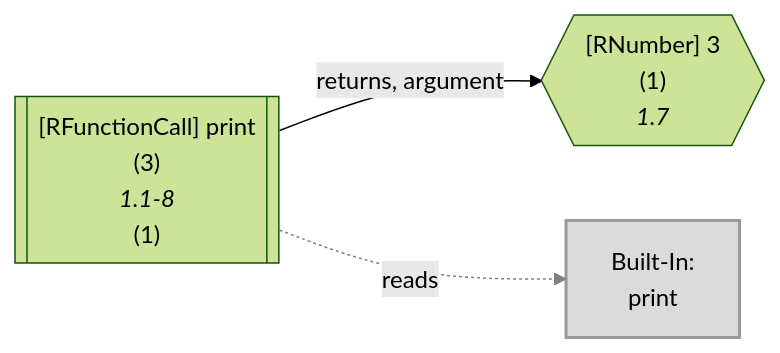
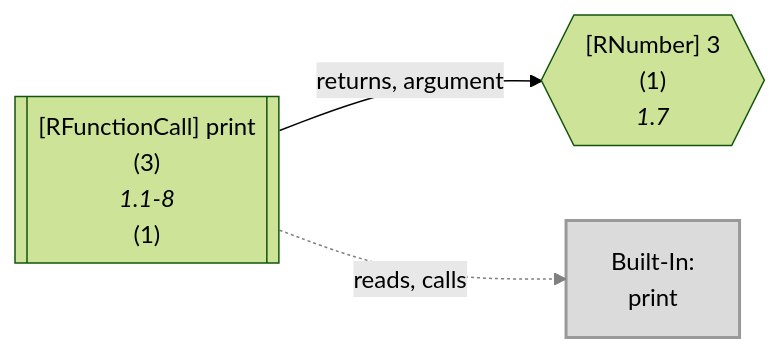
Before and after one commit to flowr-analysis/flowr: diagram 16 of 23 in wiki/Control Flow Graph.md, drawn with Mermaid (forest theme). The commit also changed other lines of this file and 8 other files, not shown here.

Commit message:
[skip ci] doc: update generated wiki pages (wiki/Capabilities,wiki/Dataflow Graph,wiki/Query API,wiki/Search API,wiki/Engines,wiki/Interface,wiki/Control Flow Graph,wiki/Core,README)

````diff
--- a/wiki/Control Flow Graph.md
+++ b/wiki/Control Flow Graph.md
@@ -1475,16 +1475,16 @@
 ```mermaid
 flowchart LR
     1{{"`#91;RNumber#93; 3
       (1)
       *1.7*`"}}
     3[["`#91;RFunctionCall#93; print
       (3)
       *1.1-8*
     (1)`"]]
     built-in:print["`Built-In:
 print`"]
     style built-in:print stroke:gray,fill:lightgray,stroke-width:2px,opacity:.8;
     3 -->|"returns, argument"| 1
-    3 -.->|"reads"| built-in:print
+    3 -.->|"reads, calls"| built-in:print
     linkStyle 1 stroke:gray;
 ```
````
